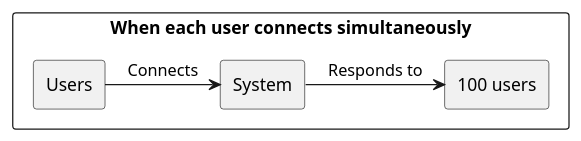
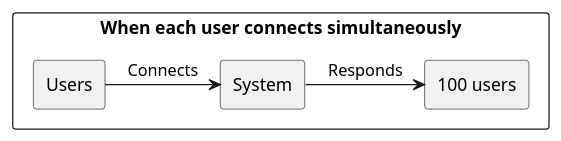
One commit to USI-MSDE-SA-2022/software-architecture-model-Travad changed the fourth of 11 diagrams in src/sa/model/index.md. Above: the diagram before and after it, drawn with PlantUML. The commit also changed other lines of this file and 5 other files, not shown here.

````diff
--- a/src/sa/model/index.md
+++ b/src/sa/model/index.md
@@ -314,20 +314,20 @@
 ```puml
 @startuml
 
 skinparam componentStyle rectangle
 skinparam monochrome true
 skinparam shadowing false
 
 rectangle "When each user connects simultaneously" {
 
 rectangle "Users" as Source
 rectangle "100 users" as Measure
 
 Source -> [System] : "Connects"
 
-[System] -> [Measure] : "Responds to"
+[System] -> [Measure] : "Responds"
 
 }
 
 @enduml
 ```
````
